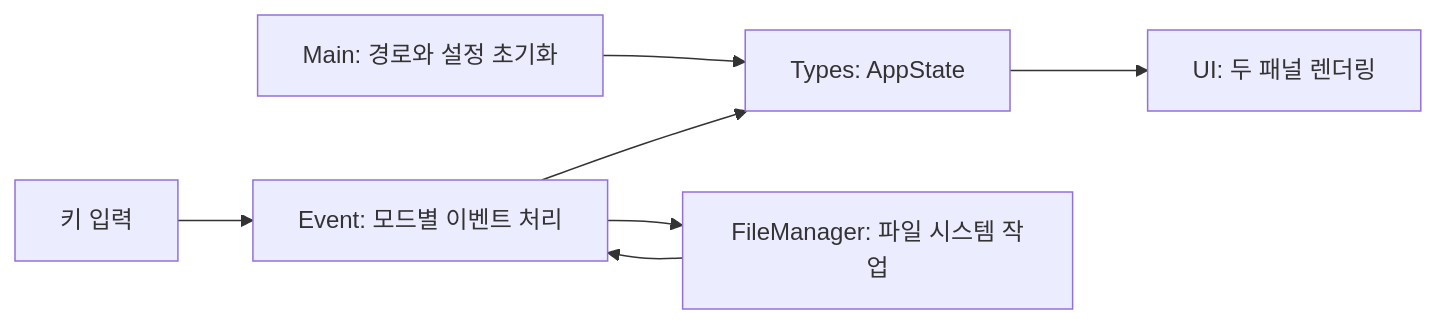
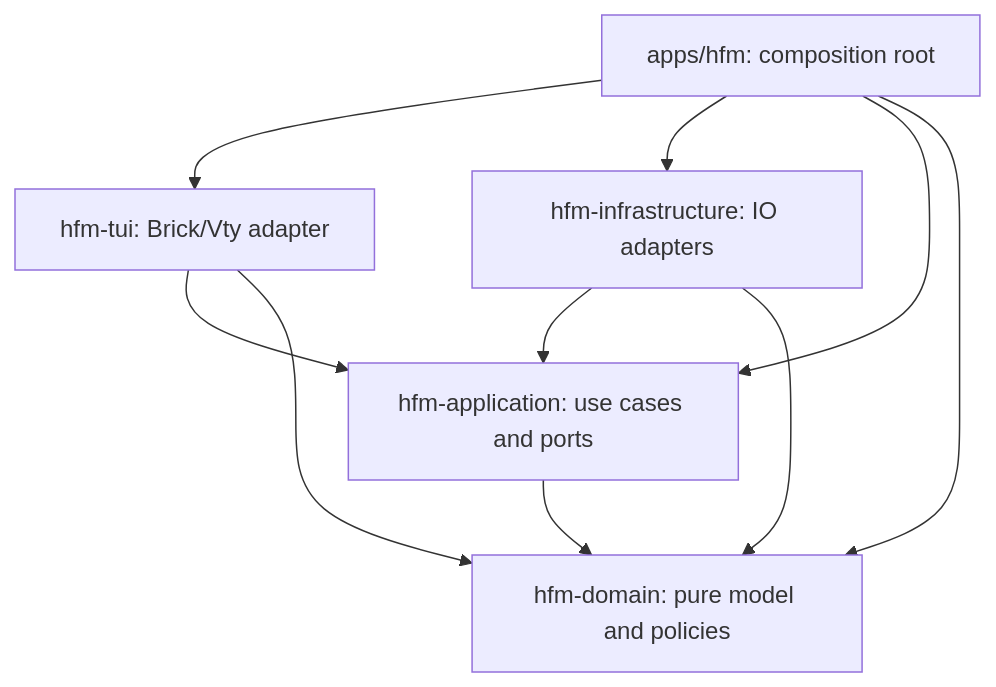
One commit to mingyuchoo/study-series-for-haskell changed the diagram in TUI/tui-brick-fm/docs/ARCHITECTURE.md. Above: the diagram before and after it, drawn with Mermaid. The commit also changed other lines of this file and 76 other files, not shown here.

````diff
--- a/TUI/tui-brick-fm/docs/ARCHITECTURE.md
+++ b/TUI/tui-brick-fm/docs/ARCHITECTURE.md
@@ -5,9 +23,12 @@
 ```mermaid
-flowchart LR
-  Main[Main: 경로와 설정 초기화] --> State[Types: AppState]
-  State --> UI[UI: 두 패널 렌더링]
-  Keys[키 입력] --> Event[Event: 모드별 이벤트 처리]
-  Event --> State
-  Event --> Files[FileManager: 파일 시스템 작업]
-  Files --> Event
+flowchart TD
+  Main[apps/hfm: composition root] --> TUI[hfm-tui: Brick/Vty adapter]
+  Main --> Infra[hfm-infrastructure: IO adapters]
+  Main --> App[hfm-application: use cases and ports]
+  Main --> Domain[hfm-domain: pure model and policies]
+  TUI --> App
+  Infra --> App
+  TUI --> Domain
+  Infra --> Domain
+  App --> Domain
 ```
````
